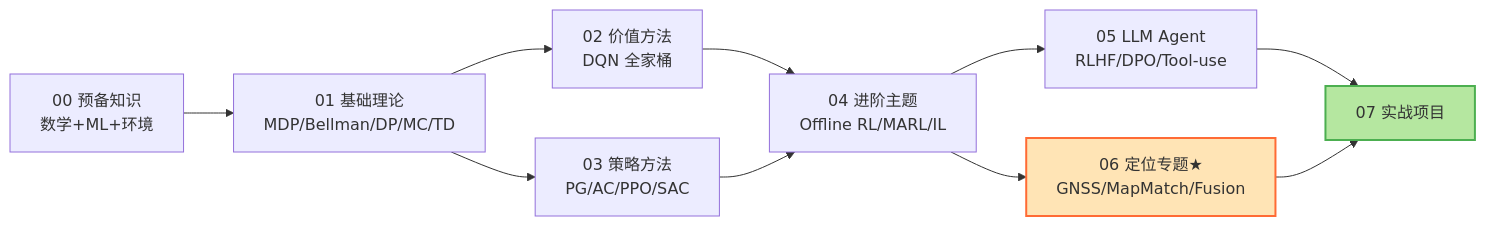
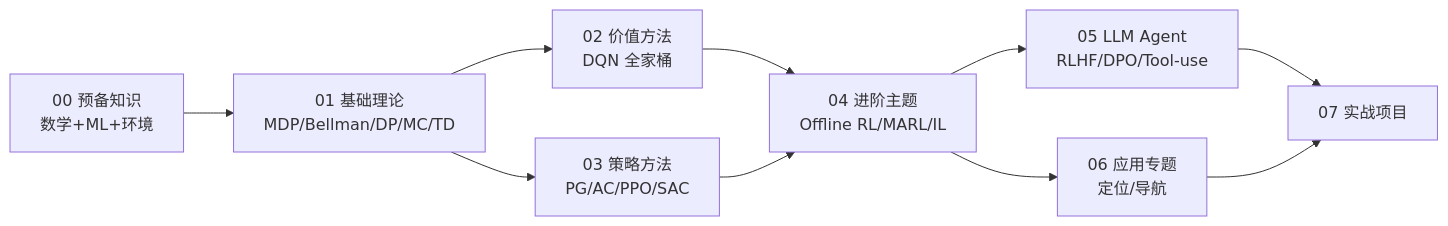
Before and after one commit to Mocha0724/RL_Agents: the diagram in README.md, drawn with Mermaid. The commit also changed other lines of this file and 32 other files, not shown here.

````diff
--- a/README.md
+++ b/README.md
@@ -26,14 +11,12 @@
 ```mermaid
 flowchart LR
     A[00 预备知识<br/>数学+ML+环境] --> B[01 基础理论<br/>MDP/Bellman/DP/MC/TD]
     B --> C[02 价值方法<br/>DQN 全家桶]
     B --> D[03 策略方法<br/>PG/AC/PPO/SAC]
     C --> E[04 进阶主题<br/>Offline RL/MARL/IL]
     D --> E
     E --> F[05 LLM Agent<br/>RLHF/DPO/Tool-use]
-    E --> G[06 定位专题★<br/>GNSS/MapMatch/Fusion]
+    E --> G[06 应用专题<br/>定位/导航]
     F --> H[07 实战项目]
     G --> H
-    style G fill:#ffe4b5,stroke:#ff6b35,stroke-width:2px
-    style H fill:#b5e7a0,stroke:#4caf50,stroke-width:2px
 ```
````
